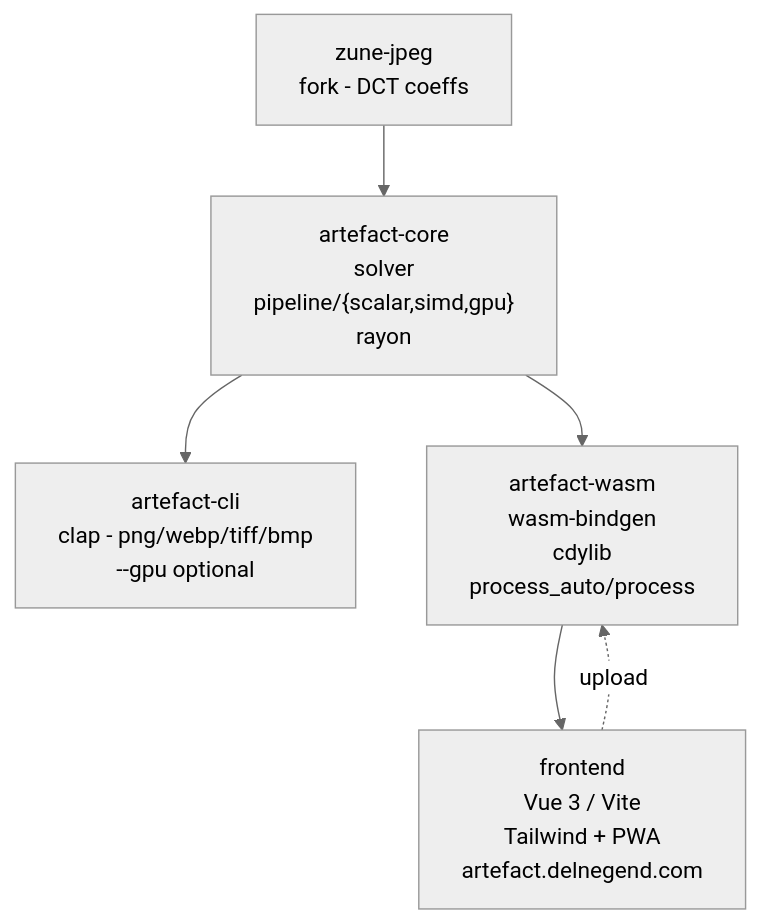
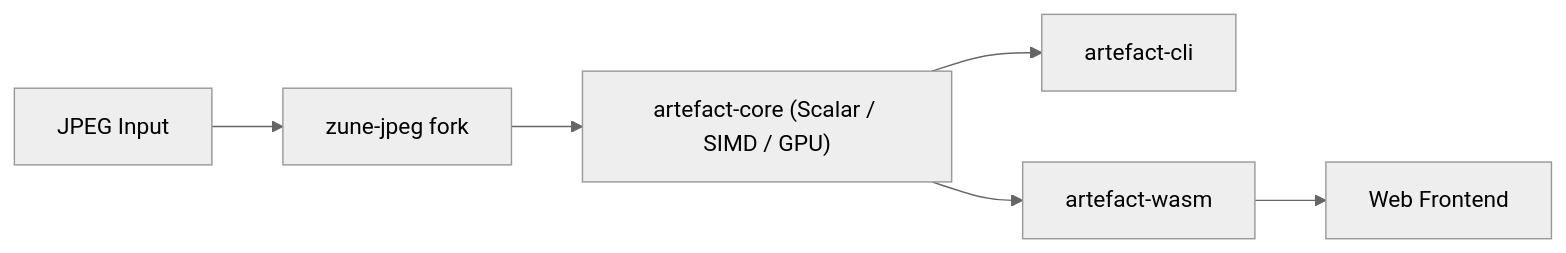
One commit to Delnegend/artefact changed the diagram in README.md. Above: the diagram before and after it, drawn with Mermaid (neutral theme). The commit also changed other lines of this file and 12 other files, not shown here.

````diff
--- a/README.md
+++ b/README.md
@@ -84,8 +58,8 @@
 ```mermaid
-graph TD
-    Z[zune-jpeg<br/>fork - DCT coeffs] --> L["artefact-core<br/>solver<br/>pipeline/{scalar,simd,gpu}<br/>rayon"]
-    L --> C[artefact-cli<br/>clap - png/webp/tiff/bmp<br/>--gpu optional]
-    L --> W[artefact-wasm<br/>wasm-bindgen<br/>cdylib<br/>process_auto/process]
-    W --> F[frontend<br/>Vue 3 / Vite<br/>Tailwind + PWA<br/>artefact.delnegend.com]
-    F -. upload .-> W
+flowchart LR
+    JPEG[JPEG Input] --> Decode[zune-jpeg fork]
+    Decode --> Solver["artefact-core (Scalar / SIMD / GPU)"]
+    Solver --> CLI[artefact-cli]
+    Solver --> WASM[artefact-wasm]
+    WASM --> Web[Web Frontend]
 ```
````
